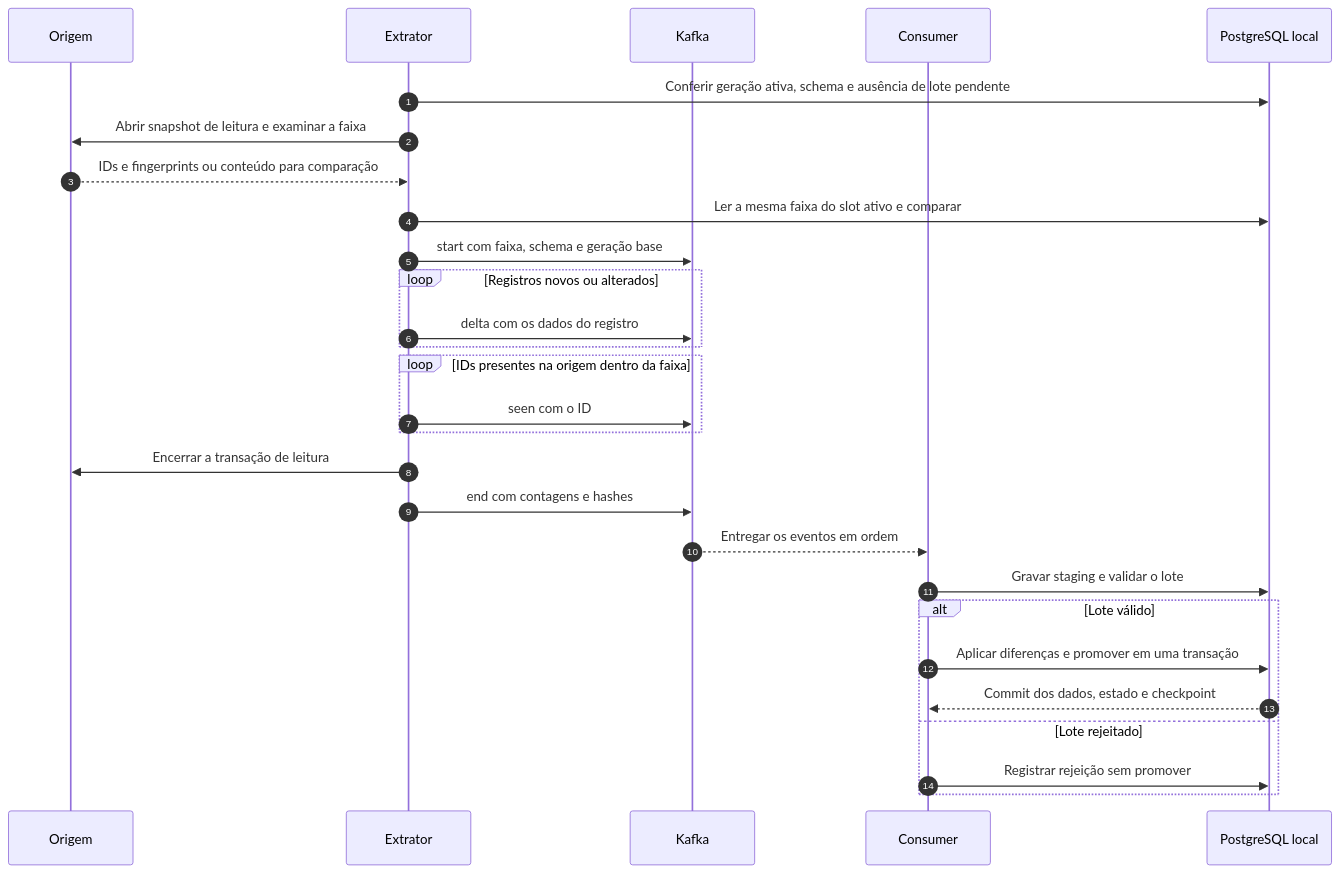
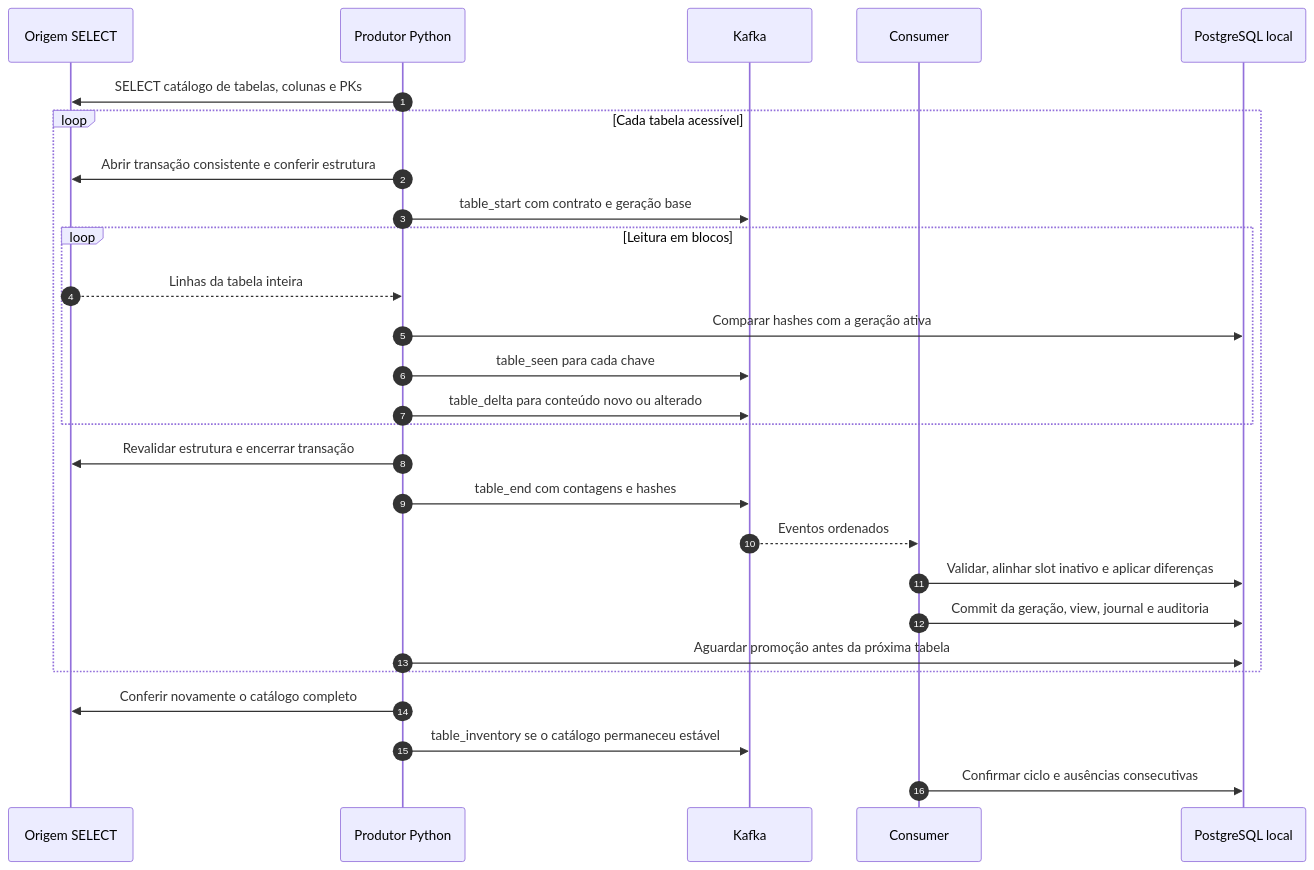
The second of 2 diagrams in README.md (BehindTheStack/restore_lab), drawn with Mermaid before and after one commit. The commit also changed other lines of this file, not shown here.

````diff
--- a/README.md
+++ b/README.md
@@ -52,31 +47,29 @@
 ```mermaid
 sequenceDiagram
     autonumber
-    participant O as Origem
-    participant E as Extrator
+    participant O as Origem SELECT
+    participant P as Produtor Python
     participant K as Kafka
     participant C as Consumer
     participant L as PostgreSQL local
-
-    E->>L: Conferir geração ativa, schema e ausência de lote pendente
-    E->>O: Abrir snapshot de leitura e examinar a faixa
-    O-->>E: IDs e fingerprints ou conteúdo para comparação
-    E->>L: Ler a mesma faixa do slot ativo e comparar
-    E->>K: start com faixa, schema e geração base
-    loop Registros novos ou alterados
-        E->>K: delta com os dados do registro
+    P->>O: SELECT catálogo de tabelas, colunas e PKs
+    loop Cada tabela acessível
+        P->>O: Abrir transação consistente e conferir estrutura
+        P->>K: table_start com contrato e geração base
+        loop Leitura em blocos
+            O-->>P: Linhas da tabela inteira
+            P->>L: Comparar hashes com a geração ativa
+            P->>K: table_seen para cada chave
+            P->>K: table_delta para conteúdo novo ou alterado
+        end
+        P->>O: Revalidar estrutura e encerrar transação
+        P->>K: table_end com contagens e hashes
+        K-->>C: Eventos ordenados
+        C->>L: Validar, alinhar slot inativo e aplicar diferenças
+        C->>L: Commit da geração, view, journal e auditoria
+        P->>L: Aguardar promoção antes da próxima tabela
     end
-    loop IDs presentes na origem dentro da faixa
-        E->>K: seen com o ID
-    end
-    E->>O: Encerrar a transação de leitura
-    E->>K: end com contagens e hashes
-    K-->>C: Entregar os eventos em ordem
-    C->>L: Gravar staging e validar o lote
-    alt Lote válido
-        C->>L: Aplicar diferenças e promover em uma transação
-        L-->>C: Commit dos dados, estado e checkpoint
-    else Lote rejeitado
-        C->>L: Registrar rejeição sem promover
-    end
+    P->>O: Conferir novamente o catálogo completo
+    P->>K: table_inventory se o catálogo permaneceu estável
+    C->>L: Confirmar ciclo e ausências consecutivas
 ```
````
